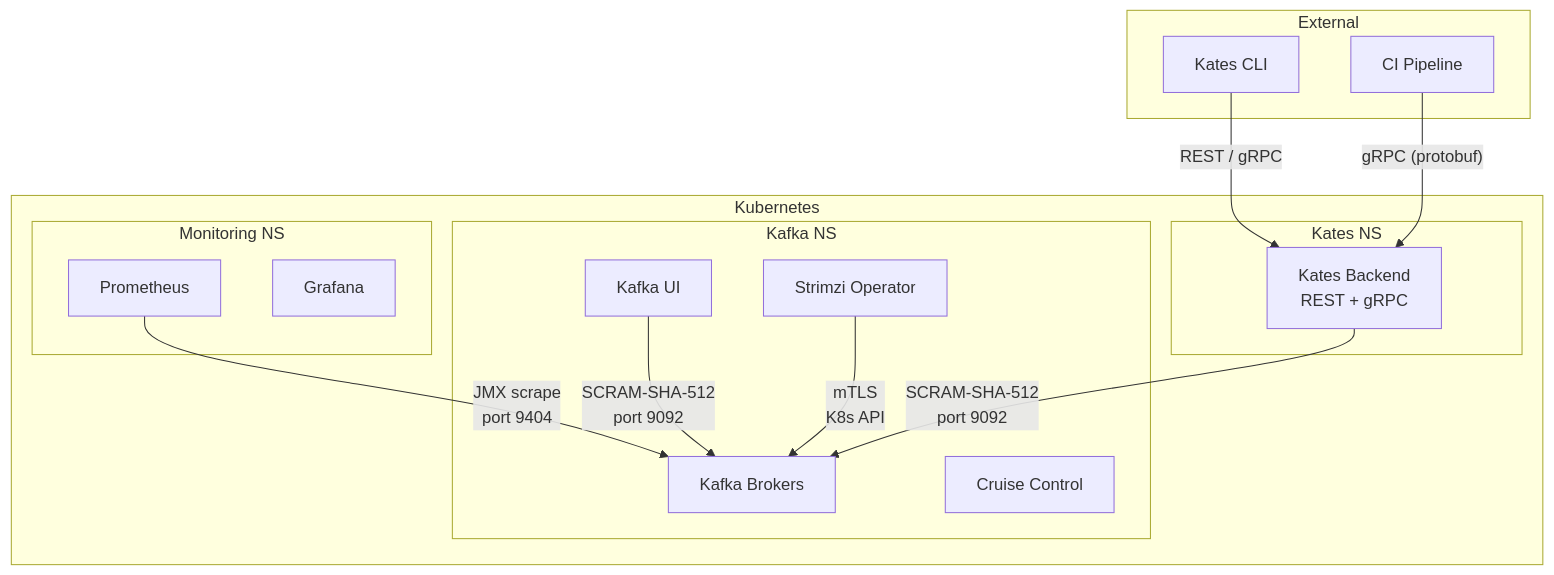
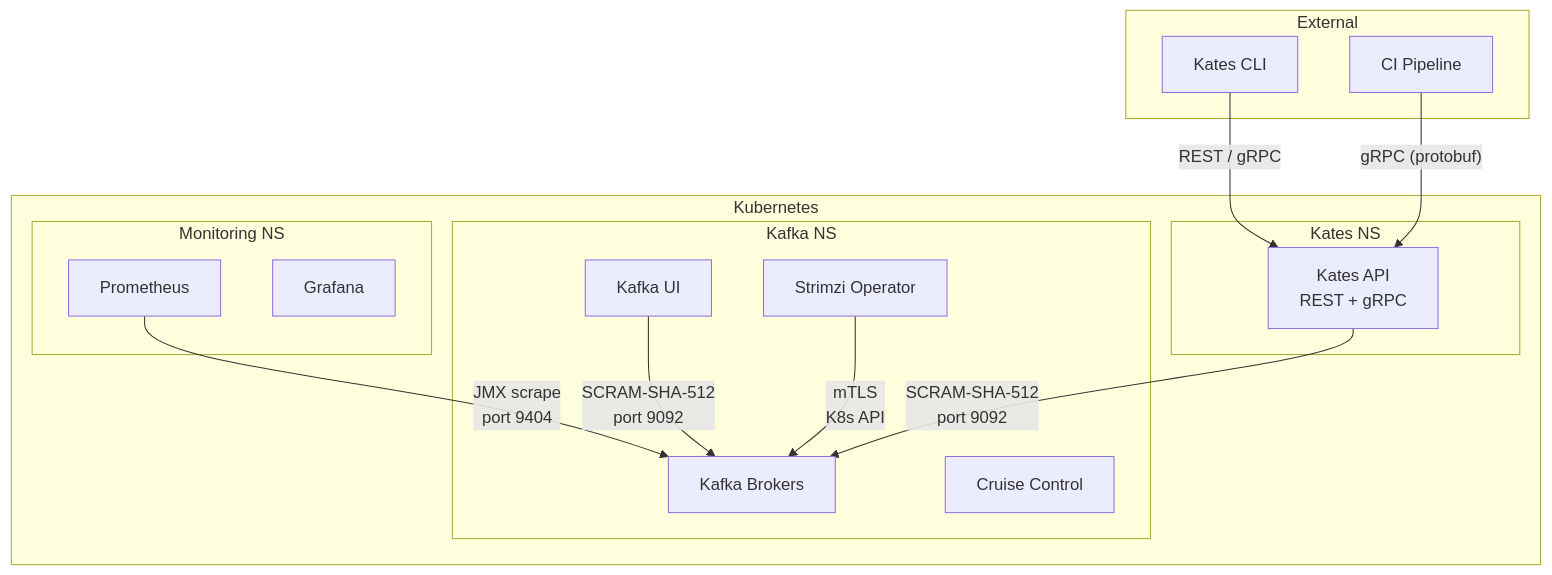
One commit to actions-marketplace-validations/bmscomp_kates changed the second of 6 diagrams in docs/book/17-security.md. Above: the diagram before and after it, drawn with Mermaid. The commit also changed other lines of this file and 5 other files, not shown here.

First line of the commit message:
docs(book): one home for NetworkPolicy additivity, and the Kates API's name in Parts IV and V (#227)

````diff
--- a/docs/book/17-security.md
+++ b/docs/book/17-security.md
@@ -47,32 +47,32 @@
 ```mermaid
 graph TB
     subgraph External
         CLI[Kates CLI]
         CI[CI Pipeline]
     end
 
     subgraph Kubernetes
         subgraph Kates NS
-            API[Kates Backend<br/>REST + gRPC]
+            API[Kates API<br/>REST + gRPC]
         end
 
         subgraph Kafka NS
             Brokers[Kafka Brokers]
             UI[Kafka UI]
             CC[Cruise Control]
             Operator[Strimzi Operator]
         end
 
         subgraph Monitoring NS
             Prom[Prometheus]
             Graf[Grafana]
         end
     end
 
     CLI -->|"REST / gRPC"| API
     CI -->|"gRPC (protobuf)"| API
     API -->|"SCRAM-SHA-512<br/>port 9092"| Brokers
     UI -->|"SCRAM-SHA-512<br/>port 9092"| Brokers
     Prom -->|"JMX scrape<br/>port 9404"| Brokers
     Operator -->|"mTLS<br/>K8s API"| Brokers
 ```
````
